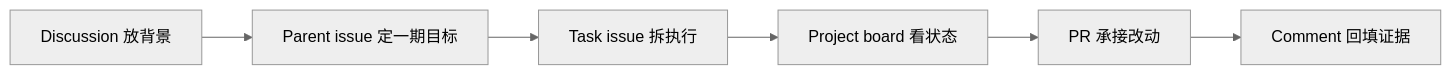
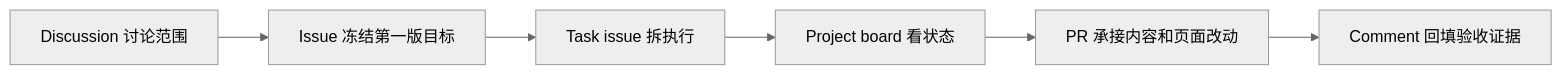
The diagram in README.md (kun-content-lab/ai-resource-index-harness-demo), drawn with Mermaid (neutral theme) before and after one commit. The commit also changed other lines of this file and 3 other files, not shown here.

````diff
--- a/README.md
+++ b/README.md
@@ -7,8 +7,8 @@
 ```mermaid
 flowchart LR
-  A["Discussion 放背景"] --> B["Parent issue 定一期目标"]
+  A["Discussion 讨论范围"] --> B["Issue 冻结第一版目标"]
   B --> C["Task issue 拆执行"]
   C --> D["Project board 看状态"]
-  D --> E["PR 承接改动"]
-  E --> F["Comment 回填证据"]
+  D --> E["PR 承接内容和页面改动"]
+  E --> F["Comment 回填验收证据"]
 ```
````
